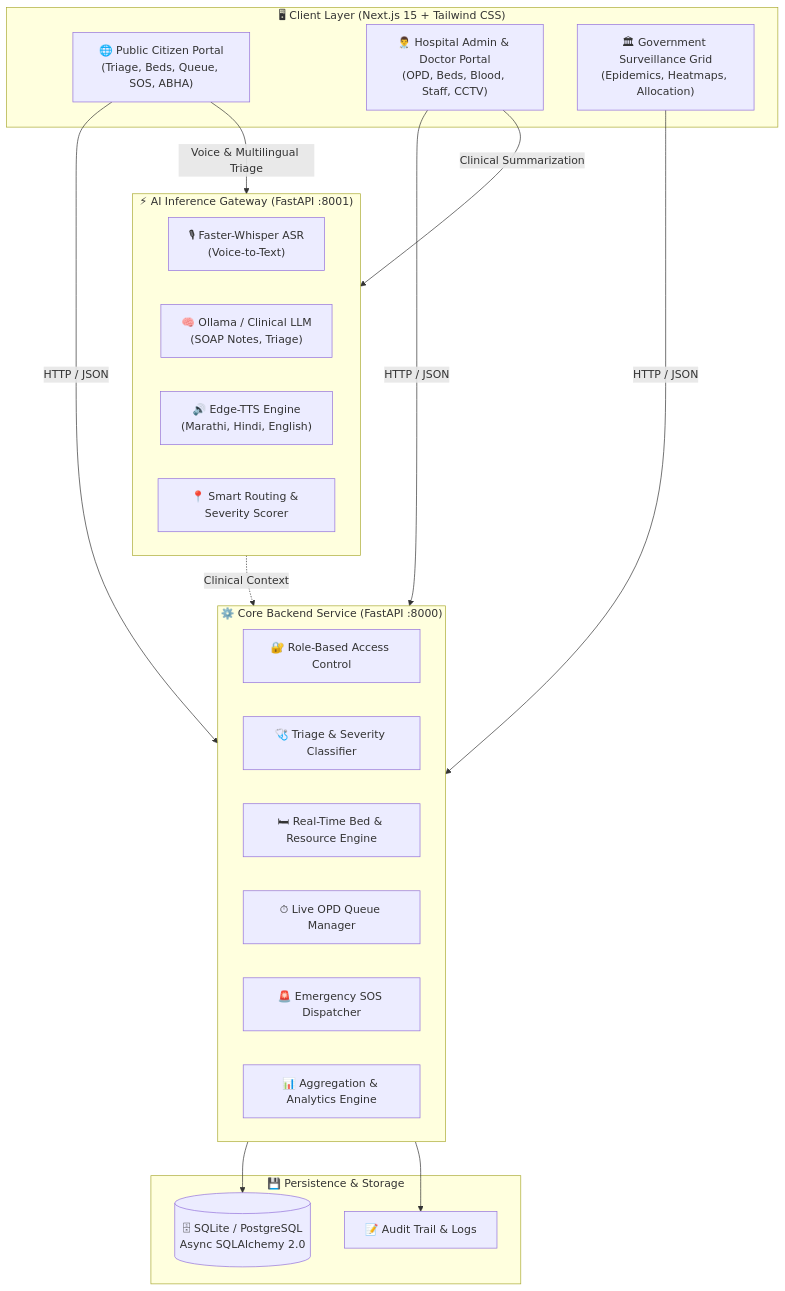
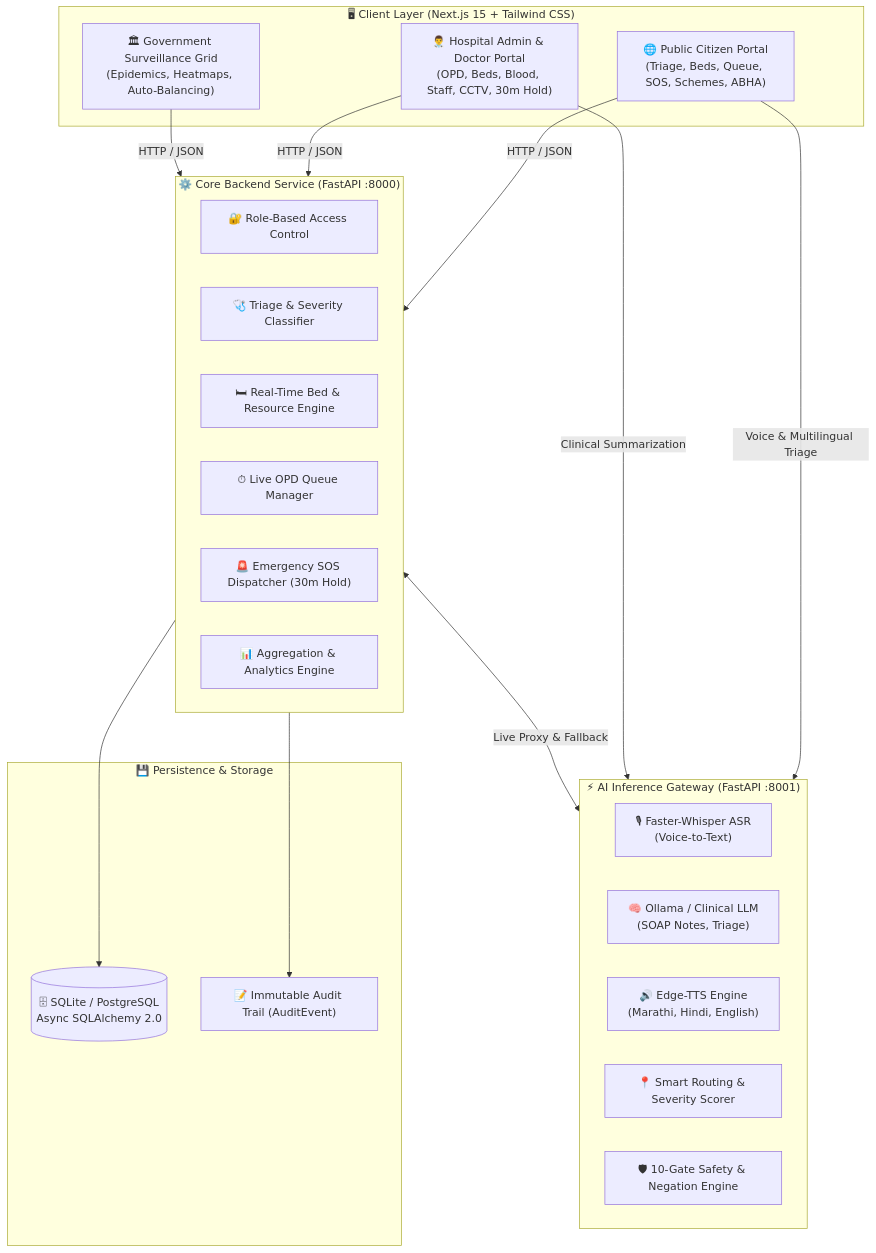
One commit to ankush-dev-eng/Maha-Arogya---Prototype-1 changed the diagram in README.md. Above: the diagram before and after it, drawn with Mermaid. The commit also changed other lines of this file, not shown here.

Commit message:
docs: update README with schemes, 30m emergency hold, ML benchmark suite, and docker commands

````diff
--- a/README.md
+++ b/README.md
@@ -44,40 +44,41 @@
 ```mermaid
 flowchart TB
     subgraph ClientLayer ["🖥 Client Layer (Next.js 15 + Tailwind CSS)"]
-        CP["🌐 Public Citizen Portal\n(Triage, Beds, Queue, SOS, ABHA)"]
-        HP["👨‍⚕️ Hospital Admin & Doctor Portal\n(OPD, Beds, Blood, Staff, CCTV)"]
-        GP["🏛 Government Surveillance Grid\n(Epidemics, Heatmaps, Allocation)"]
+        CP["🌐 Public Citizen Portal\n(Triage, Beds, Queue, SOS, Schemes, ABHA)"]
+        HP["👨‍⚕️ Hospital Admin & Doctor Portal\n(OPD, Beds, Blood, Staff, CCTV, 30m Hold)"]
+        GP["🏛 Government Surveillance Grid\n(Epidemics, Heatmaps, Auto-Balancing)"]
     end
 
     subgraph GatewayLayer ["⚡ AI Inference Gateway (FastAPI :8001)"]
         ASR["🎙 Faster-Whisper ASR\n(Voice-to-Text)"]
         LLM["🧠 Ollama / Clinical LLM\n(SOAP Notes, Triage)"]
         TTS["🔊 Edge-TTS Engine\n(Marathi, Hindi, English)"]
         ROUTE["📍 Smart Routing & Severity Scorer"]
+        SAFETY["🛡 10-Gate Safety & Negation Engine"]
     end
 
     subgraph BackendLayer ["⚙️ Core Backend Service (FastAPI :8000)"]
         AUTH["🔐 Role-Based Access Control"]
         TRIAGE["🩺 Triage & Severity Classifier"]
         BEDS["🛏 Real-Time Bed & Resource Engine"]
         QUEUE["⏱ Live OPD Queue Manager"]
-        SOS["🚨 Emergency SOS Dispatcher"]
+        SOS["🚨 Emergency SOS Dispatcher (30m Hold)"]
         DASH["📊 Aggregation & Analytics Engine"]
     end
 
     subgraph DataLayer ["💾 Persistence & Storage"]
         DB[("🗄 SQLite / PostgreSQL\nAsync SQLAlchemy 2.0")]
-        AUDIT["📝 Audit Trail & Logs"]
+        AUDIT["📝 Immutable Audit Trail (AuditEvent)"]
     end
 
     CP -->|HTTP / JSON| BackendLayer
     HP -->|HTTP / JSON| BackendLayer
     GP -->|HTTP / JSON| BackendLayer
 
     CP -->|Voice & Multilingual Triage| GatewayLayer
     HP -->|Clinical Summarization| GatewayLayer
 
     BackendLayer --> DB
     BackendLayer --> AUDIT
-    GatewayLayer -.->|Clinical Context| BackendLayer
+    BackendLayer <-->|Live Proxy & Fallback| GatewayLayer
 ```
````
